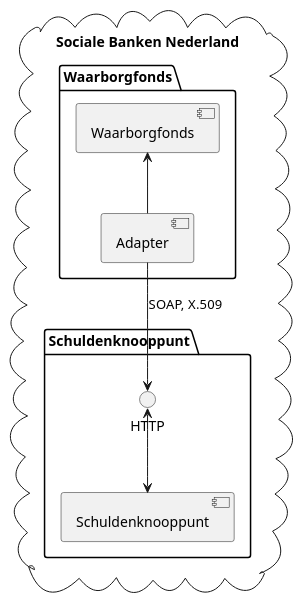
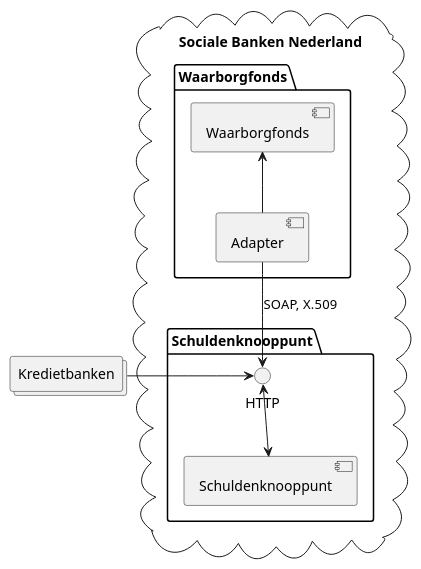
Before and after one commit to sbnnl/documentatie: the diagram in docs/800_adapters/300_schuldenknooppunt/context.puml, drawn with PlantUML.

Commit message:
kredietbanken toegevoegd

```diff
--- a/docs/800_adapters/300_schuldenknooppunt/context.puml
+++ b/docs/800_adapters/300_schuldenknooppunt/context.puml
@@ -1,20 +1,23 @@
 @startuml
 
 cloud "Sociale Banken Nederland" {
     package "Waarborgfonds" {
         [Waarborgfonds] as Wsk
         [Adapter] as SchuldenknooppuntAdapter
 
         Wsk <-- SchuldenknooppuntAdapter
     }
 
     package "Schuldenknooppunt" as S  {
         interface HTTP
         [Schuldenknooppunt]
     }
-    
+
     SchuldenknooppuntAdapter --> HTTP : SOAP, X.509
     HTTP <--> Schuldenknooppunt
 }
+    
+collections Kredietbanken
+Kredietbanken -> HTTP
 
 @enduml
```
